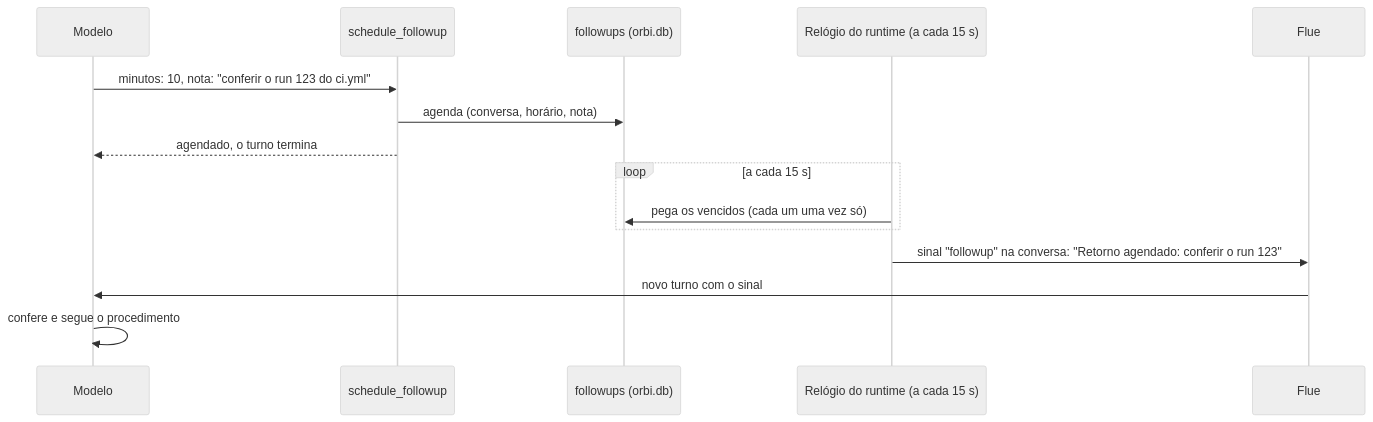
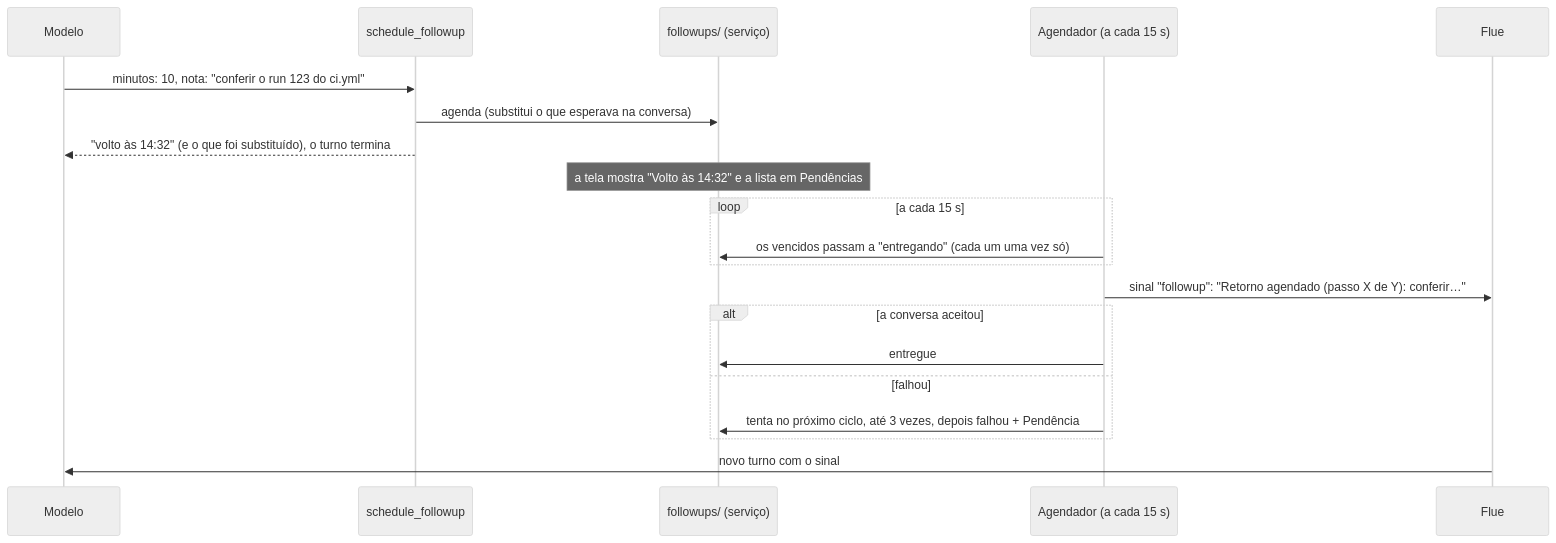
One commit to arthurparahyba/orbi changed the diagram in docs/funcionalidades/11-retornos-agendados.md. Above: the diagram before and after it, drawn with Mermaid (neutral theme). The commit also changed other lines of this file and 44 other files, not shown here.

````diff
--- a/docs/funcionalidades/11-retornos-agendados.md
+++ b/docs/funcionalidades/11-retornos-agendados.md
@@ -20,18 +26,23 @@
 ```mermaid
 sequenceDiagram
   participant Modelo
-  participant Clock as schedule_followup
-  participant DB as followups (orbi.db)
-  participant Relogio as Relógio do runtime (a cada 15 s)
+  participant Tool as schedule_followup
+  participant F as followups/ (serviço)
+  participant Relogio as Agendador (a cada 15 s)
   participant Flue
 
-  Modelo->>Clock: minutos: 10, nota: "conferir o run 123 do ci.yml"
-  Clock->>DB: agenda (conversa, horário, nota)
-  Clock-->>Modelo: agendado, o turno termina
+  Modelo->>Tool: minutos: 10, nota: "conferir o run 123 do ci.yml"
+  Tool->>F: agenda (substitui o que esperava na conversa)
+  Tool-->>Modelo: "volto às 14:32" (e o que foi substituído), o turno termina
+  Note over F: a tela mostra "Volto às 14:32" e a lista em Pendências
   loop a cada 15 s
-    Relogio->>DB: pega os vencidos (cada um uma vez só)
+    Relogio->>F: os vencidos passam a "entregando" (cada um uma vez só)
   end
-  Relogio->>Flue: sinal "followup" na conversa: "Retorno agendado: conferir o run 123"
+  Relogio->>Flue: sinal "followup": "Retorno agendado (passo X de Y): conferir…"
+  alt a conversa aceitou
+    Relogio->>F: entregue
+  else falhou
+    Relogio->>F: tenta no próximo ciclo, até 3 vezes, depois falhou + Pendência
+  end
   Flue->>Modelo: novo turno com o sinal
-  Modelo->>Modelo: confere e segue o procedimento
 ```
````
